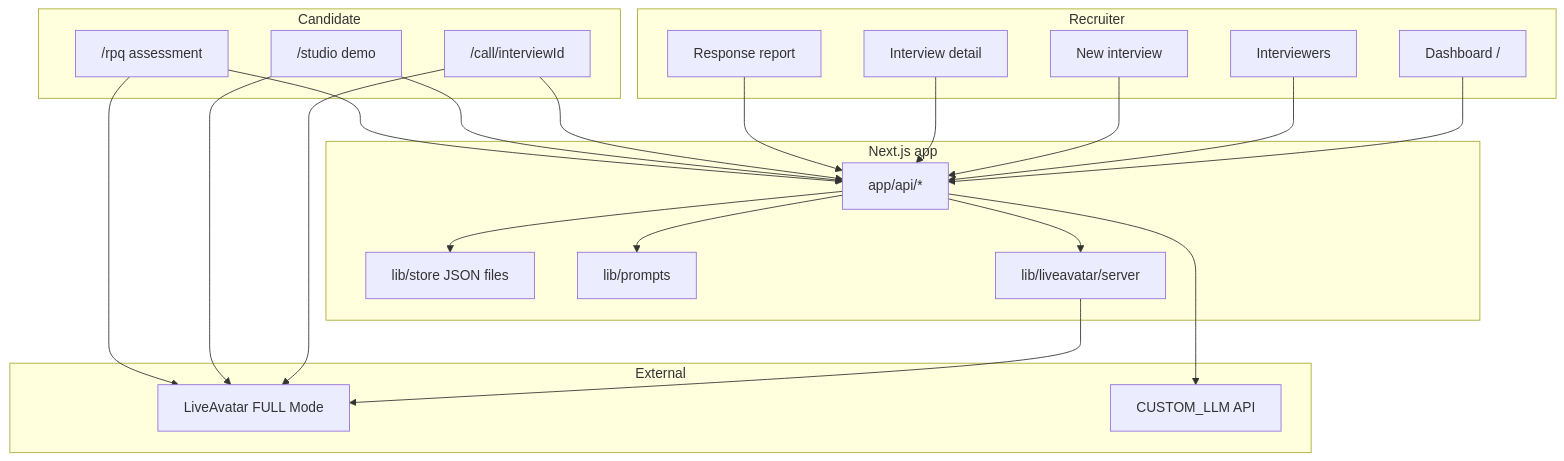
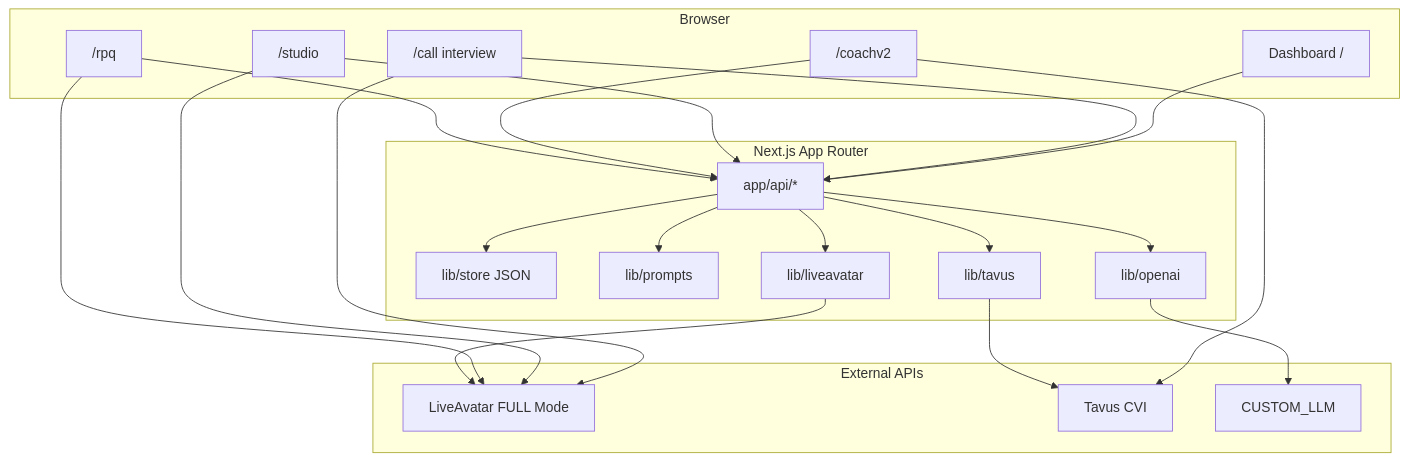
One commit to alancapco/avatardemo changed the first of 4 diagrams in README.md. Above: the diagram before and after it, drawn with Mermaid. The commit also changed other lines of this file and 16 other files, not shown here.

First line of the commit message:
Audit cleanup and refresh README for LiveAvatar + Tavus demos.

````diff
--- a/README.md
+++ b/README.md
@@ -111,46 +69,44 @@
 ```mermaid
 flowchart TB
-  subgraph recruiters [Recruiter]
-    Dashboard["Dashboard /"]
-    Interviewers["Interviewers"]
-    NewInterview["New interview"]
-    Detail["Interview detail"]
-    Report["Response report"]
+  subgraph clients [Browser]
+    Dash["Dashboard /"]
+    Call["/call interview"]
+    Studio["/studio"]
+    Coach["/coachv2"]
+    Rpq["/rpq"]
   end
 
-  subgraph candidates [Candidate]
-    Call["/call/interviewId"]
-    Studio["/studio demo"]
-    Rpq["/rpq assessment"]
+  subgraph nextApp [Next.js App Router]
+    Api["app/api/*"]
+    Store["lib/store JSON"]
+    Prompts["lib/prompts"]
+    LaLib["lib/liveavatar"]
+    TavusLib["lib/tavus"]
+    Llm["lib/openai"]
   end
 
-  subgraph nextApp [Next.js app]
-    Api["app/api/*"]
-    Store["lib/store JSON files"]
-    Prompts["lib/prompts"]
-    LaServer["lib/liveavatar/server"]
+  subgraph external [External APIs]
+    LiveAvatar["LiveAvatar FULL Mode"]
+    Tavus["Tavus CVI"]
+    CustomLlm["CUSTOM_LLM"]
   end
 
-  subgraph external [External]
-    LiveAvatar["LiveAvatar FULL Mode"]
-    CustomLlm["CUSTOM_LLM API"]
-  end
-
-  Dashboard --> Api
-  Interviewers --> Api
-  NewInterview --> Api
-  Detail --> Api
-  Report --> Api
+  Dash --> Api
   Call --> Api
+  Call --> LiveAvatar
   Studio --> Api
+  Studio --> LiveAvatar
+  Coach --> Api
+  Coach --> Tavus
   Rpq --> Api
+  Rpq --> LiveAvatar
 
   Api --> Store
   Api --> Prompts
-  Api --> LaServer
-  Api --> CustomLlm
-  LaServer --> LiveAvatar
-  Call --> LiveAvatar
-  Studio --> LiveAvatar
-  Rpq --> LiveAvatar
+  Api --> LaLib
+  Api --> TavusLib
+  Api --> Llm
+  LaLib --> LiveAvatar
+  TavusLib --> Tavus
+  Llm --> CustomLlm
 ```
````
